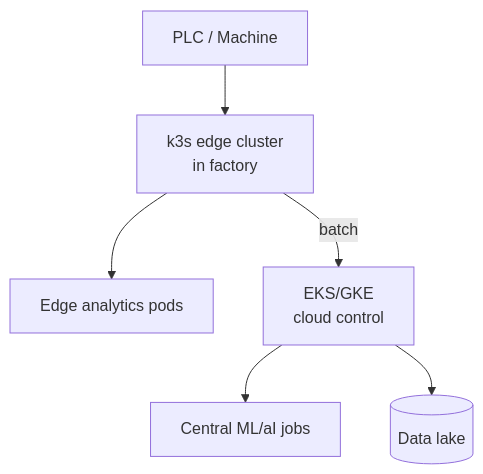
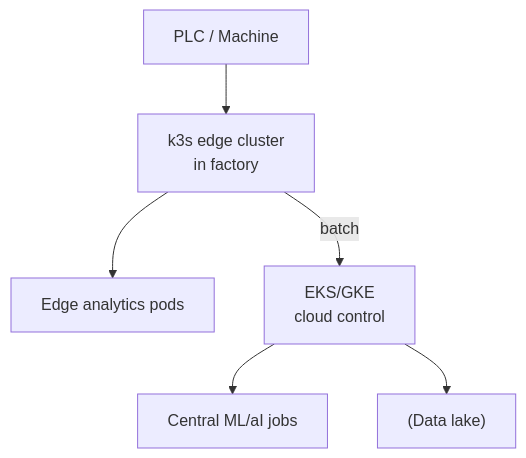
One commit to WhoisMonesh/K8S-Everything changed the diagram in 17-company-cases/siemens.md. Above: the diagram before and after it, drawn with Mermaid. The commit also changed 62 other files, not shown here.

First line of the commit message:
Fix all Mermaid diagrams for GitHub compatibility

````diff
--- a/17-company-cases/siemens.md
+++ b/17-company-cases/siemens.md
@@ -24,8 +24,8 @@
 ```mermaid
 graph TD
     PLC[PLC / Machine] --> Edge[k3s edge cluster<br/>in factory]
     Edge --> Analytics[Edge analytics pods]
     Edge -->|batch| Cloud[EKS/GKE<br/>cloud control]
     Cloud --> AI[Central ML/aI jobs]
-    Cloud --> Store[(Data lake)]
+    Cloud --> Store["(Data lake)"]
 ```
````
